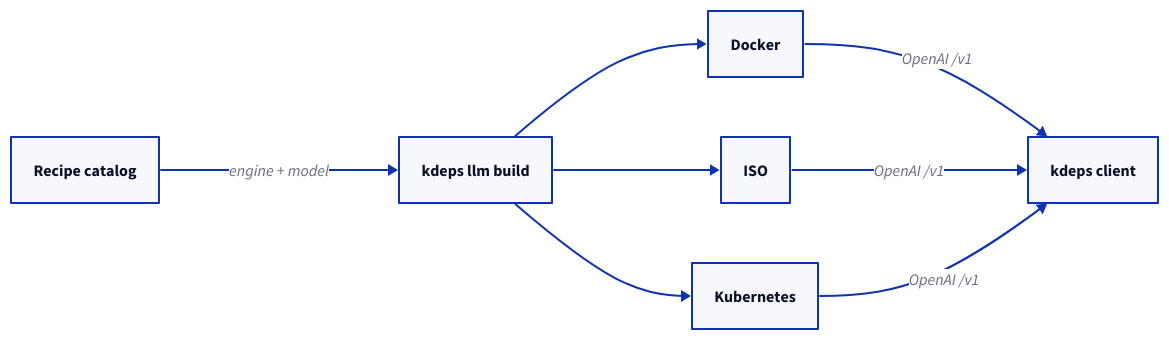
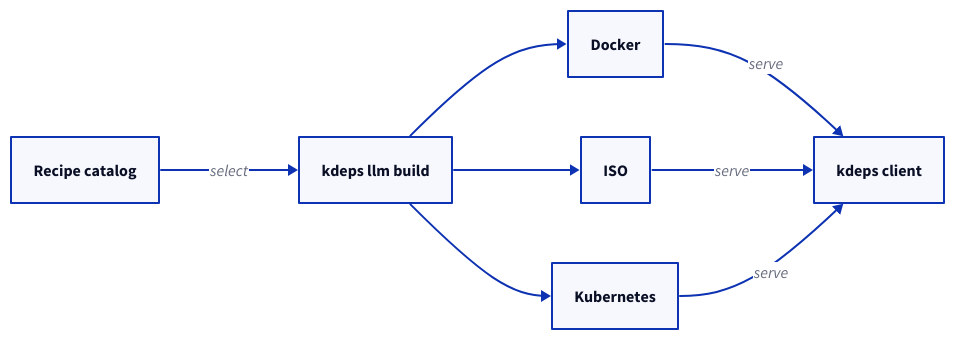
The diagram in docs/v2/deployment/llm-server.md (kdeps/kdeps), drawn with D2 before and after one commit. The commit also changed 1 other file, not shown here.

Commit message:
docs: repair D2 graphs to webserver-style letter IDs
Use simple A-H node IDs and short edge labels so vitepress-plugin-d2
(ELK) renders llm-server and tls-https diagrams without broken edges.

Claude-Session: grok-019faca7-6c79-76f1-854b-c3c298881aff

````diff
--- a/docs/v2/deployment/llm-server.md
+++ b/docs/v2/deployment/llm-server.md
@@ -11,18 +11,18 @@
 ```d2
 direction: right
 
-catalog: "Recipe catalog" {shape: rectangle}
-build: "kdeps llm build" {shape: rectangle}
-docker: "Docker" {shape: rectangle}
-iso: "ISO" {shape: rectangle}
-k8s: "Kubernetes" {shape: rectangle}
-client: "kdeps client" {shape: rectangle}
+A: "Recipe catalog" {shape: rectangle}
+B: "kdeps llm build" {shape: rectangle}
+C: Docker {shape: rectangle}
+D: ISO {shape: rectangle}
+E: Kubernetes {shape: rectangle}
+F: "kdeps client" {shape: rectangle}
 
-catalog -> build: "engine + model"
-build -> docker
-build -> iso
-build -> k8s
-docker -> client: "OpenAI /v1"
-iso -> client: "OpenAI /v1"
-k8s -> client: "OpenAI /v1"
+A -> B: select
+B -> C
+B -> D
+B -> E
+C -> F: serve
+D -> F: serve
+E -> F: serve
 ```
````
